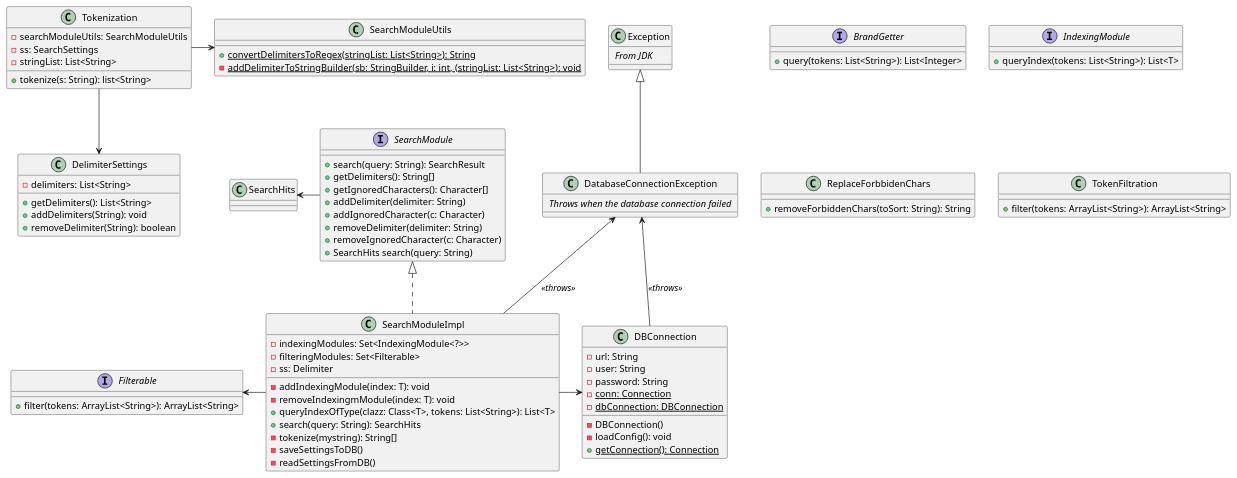
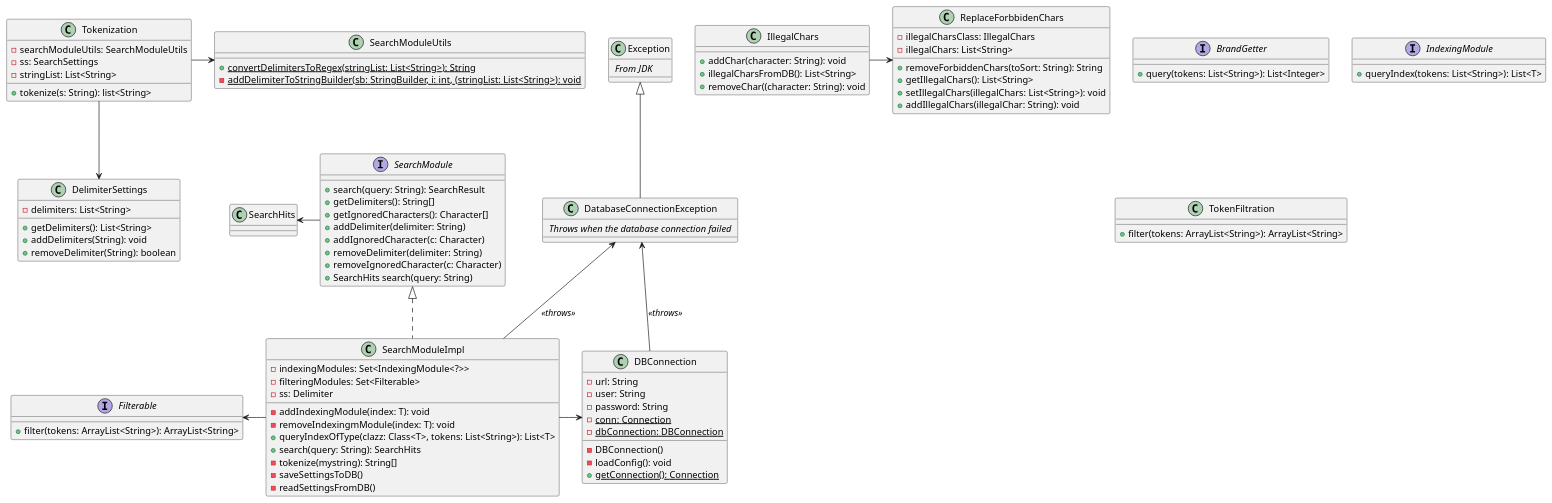
Before and after one commit to LangeHenrik/SDU-SE-F22: the diagram in src/main/java/dk/sdu/se_f22/searchmodule/infrastructure/diagrams/classdiagram.puml, drawn with PlantUML. The commit also changed 1 other file, not shown here.

Commit message:
uml + 87% code coverage
Title

```diff
--- a/src/main/java/dk/sdu/se_f22/searchmodule/infrastructure/diagrams/classdiagram.puml
+++ b/src/main/java/dk/sdu/se_f22/searchmodule/infrastructure/diagrams/classdiagram.puml
@@ -1,98 +1,110 @@
 @startuml
 
 interface BrandGetter {
     + query(tokens: List<String>): List<Integer>
 }
 
 interface Filterable {
     + filter(tokens: ArrayList<String>): ArrayList<String>
 }
 
 interface IndexingModule {
     + queryIndex(tokens: List<String>): List<T>
 }
 
 
 interface SearchModule {
     + search(query: String): SearchResult
     + getDelimiters(): String[]
     + getIgnoredCharacters(): Character[]
     + addDelimiter(delimiter: String)
     + addIgnoredCharacter(c: Character)
     + removeDelimiter(delimiter: String)
     + removeIgnoredCharacter(c: Character)
     + SearchHits search(query: String)
 }
 
 class ReplaceForbbidenChars {
+    - illegalCharsClass: IllegalChars
+    - illegalChars: List<String>
+
     + removeForbiddenChars(toSort: String): String
+    + getIllegalChars(): List<String>
+    + setIllegalChars(illegalChars: List<String>): void
+    + addIllegalChars(illegalChar: String): void
 }
 
 class SearchModuleImpl implements SearchModule {
     - indexingModules: Set<IndexingModule<?>>
     - filteringModules: Set<Filterable>
     - ss: Delimiter
     - addIndexingModule(index: T): void
     - removeIndexingmModule(index: T): void
     + queryIndexOfType(clazz: Class<T>, tokens: List<String>): List<T>
     + search(query: String): SearchHits
     - tokenize(mystring): String[]
     - saveSettingsToDB()
     - readSettingsFromDB()
 }
 
 class SearchModuleUtils {
     + {static}convertDelimitersToRegex(stringList: List<String>): String
     - {static}addDelimiterToStringBuilder(sb: StringBuilder, i: int, (stringList: List<String>): void
 }
 
 class DelimiterSettings {
     - delimiters: List<String>
     + getDelimiters(): List<String>
     + addDelimiters(String): void
     + removeDelimiter(String): boolean
 }
 
 class TokenFiltration {
     +filter(tokens: ArrayList<String>): ArrayList<String>
 }
 
 class Tokenization {
     - searchModuleUtils: SearchModuleUtils
     - ss: SearchSettings
     - stringList: List<String>
     +tokenize(s: String): list<String>
 }
 
 class DBConnection {
     - url: String
     - user: String
     - password: String
     - {static} conn: Connection
     - {static} dbConnection: DBConnection
 
     - DBConnection()
     - loadConfig(): void
     + {static} getConnection(): Connection
     ' see https://stackoverflow.com/a/36710057
 }
 
 class Exception {
     // From JDK //
 }
 
 class DatabaseConnectionException extends Exception {
     // Throws when the database connection failed //
 }
 
+class IllegalChars{
+    +addChar(character: String): void
+    +illegalCharsFromDB(): List<String>
+    +removeChar((character: String): void
+}
+
 
 Tokenization -> SearchModuleUtils
 Tokenization --> DelimiterSettings
 SearchHits <- SearchModule
 Filterable <- SearchModuleImpl
 SearchModuleImpl -> DBConnection
 DatabaseConnectionException <-- DBConnection: //<<throws>>//
 DatabaseConnectionException <-- SearchModuleImpl: //<<throws>>//
-
+IllegalChars -> ReplaceForbbidenChars
 
 @enduml
```
